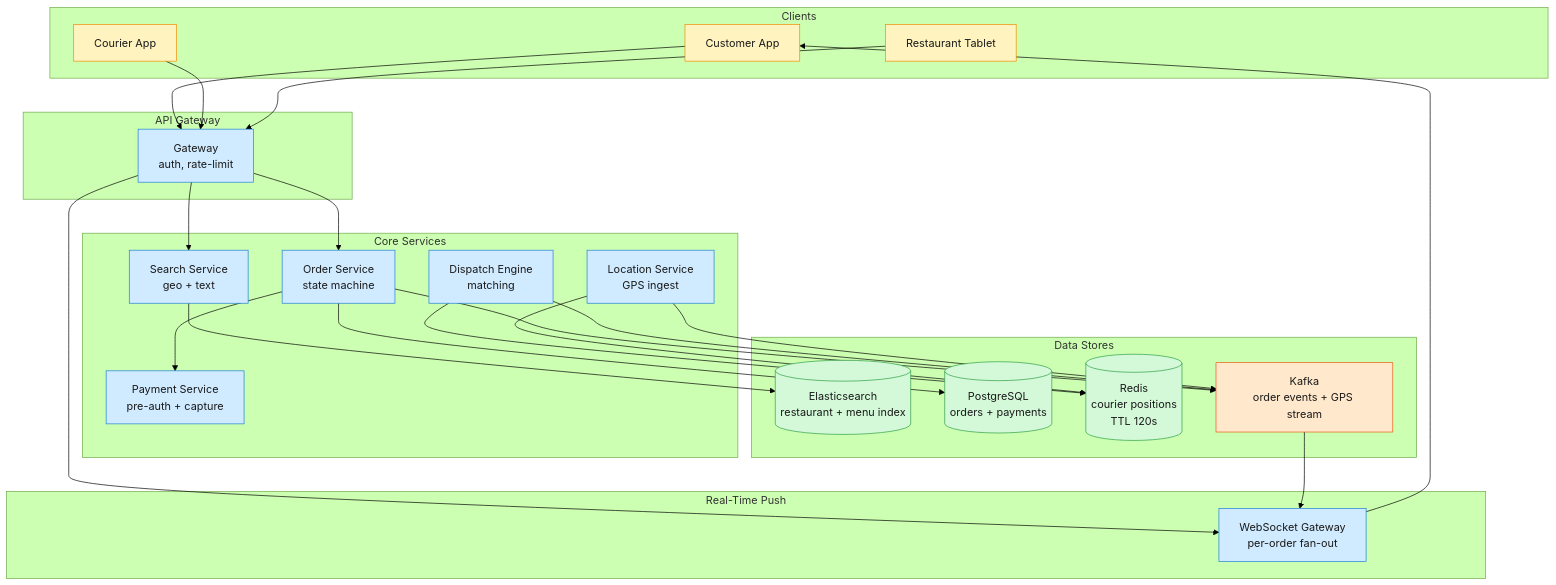
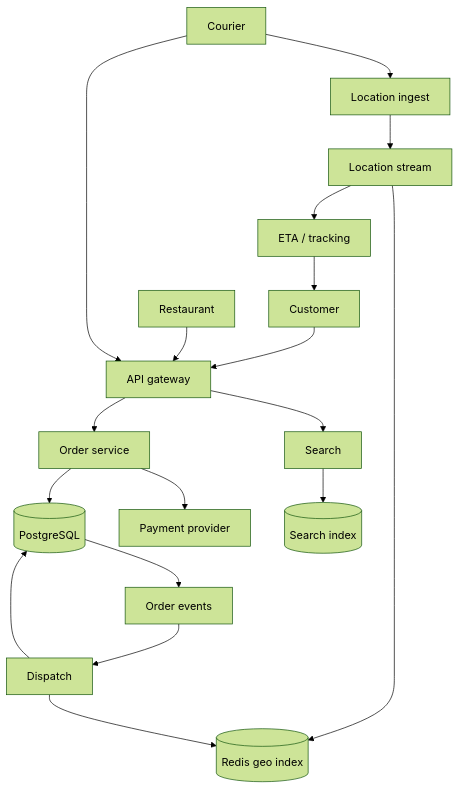
The first of 2 diagrams in _designs/system-design-local-delivery.md (iliazlobin/iliazlobin.github.io), drawn with Mermaid (forest theme) before and after one commit. The commit also changed other lines of this file and 95 other files, not shown here.

````diff
--- a/_designs/system-design-local-delivery.md
+++ b/_designs/system-design-local-delivery.md
@@ -126,57 +158,20 @@
 ```mermaid
-graph TB
-    subgraph Clients["Clients"]
-        Customer["Customer App"]
-        CourierApp["Courier App"]
-        RestaurantApp["Restaurant Tablet"]
-    end
-
-    subgraph Gateway["API Gateway"]
-        GW["Gateway<br/>auth, rate-limit"]
-    end
-
-    subgraph Services["Core Services"]
-        SearchSvc["Search Service<br/>geo + text"]
-        OrderSvc["Order Service<br/>state machine"]
-        DispatchSvc["Dispatch Engine<br/>matching"]
-        LocationSvc["Location Service<br/>GPS ingest"]
-        PaymentSvc["Payment Service<br/>pre-auth + capture"]
-    end
-
-    subgraph Data["Data Stores"]
-        SearchIdx[("Elasticsearch<br/>restaurant + menu index")]
-        OrderDB[("PostgreSQL<br/>orders + payments")]
-        LocationStore[("Redis<br/>courier positions<br/>TTL 120s")]
-        EventBus["Kafka<br/>order events + GPS stream"]
-    end
-
-    subgraph Push["Real-Time Push"]
-        WSPush["WebSocket Gateway<br/>per-order fan-out"]
-    end
-
-    Customer --> GW
-    CourierApp --> GW
-    RestaurantApp --> GW
-    GW --> SearchSvc
-    GW --> OrderSvc
-    GW --> WSPush
-    SearchSvc --> SearchIdx
-    OrderSvc --> OrderDB
-    OrderSvc --> PaymentSvc
-    OrderSvc --> EventBus
-    DispatchSvc --> EventBus
-    DispatchSvc --> LocationStore
-    LocationSvc --> LocationStore
-    LocationSvc --> EventBus
-    EventBus --> WSPush
-    WSPush --> Customer
-
-    classDef edge fill:#fff3bf,stroke:#f08c00,color:#1a1a1a;
-    classDef svc fill:#d0ebff,stroke:#1c7ed6,color:#1a1a1a;
-    classDef store fill:#d3f9d8,stroke:#2f9e44,color:#1a1a1a;
-    classDef async fill:#ffe8cc,stroke:#e8590c,color:#1a1a1a;
-    class Customer,CourierApp,RestaurantApp edge;
-    class GW,SearchSvc,OrderSvc,DispatchSvc,LocationSvc,PaymentSvc,WSPush svc;
-    class SearchIdx,OrderDB,LocationStore store;
-    class EventBus async;
+flowchart TB
+  C["Customer"] --> API["API gateway"]
+  R["Restaurant"] --> API
+  D["Courier"] --> API
+  API --> S["Search"]
+  API --> O["Order service"]
+  O --> DB[("PostgreSQL")]
+  O --> P["Payment provider"]
+  DB --> E["Order events"]
+  E --> MATCH["Dispatch"]
+  MATCH --> DB
+  D --> L["Location ingest"]
+  L --> GPS["Location stream"]
+  GPS --> GEO[("Redis geo index")]
+  MATCH --> GEO
+  GPS --> ETA["ETA / tracking"]
+  ETA --> C
+  S --> IDX[("Search index")]
 ```
````
